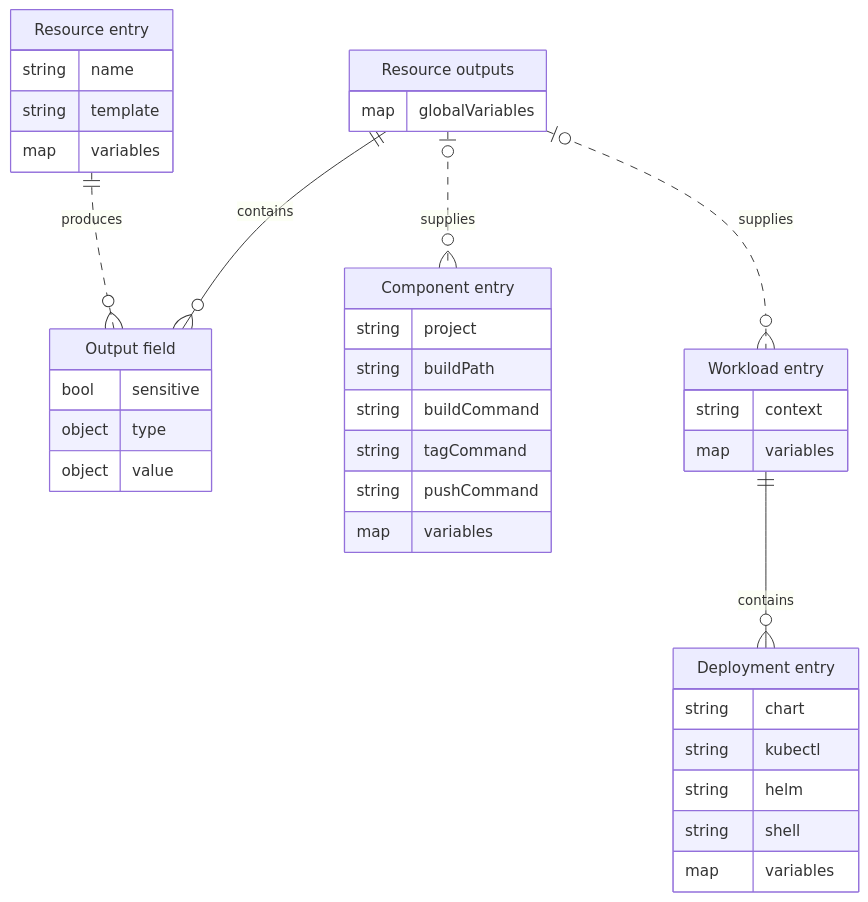
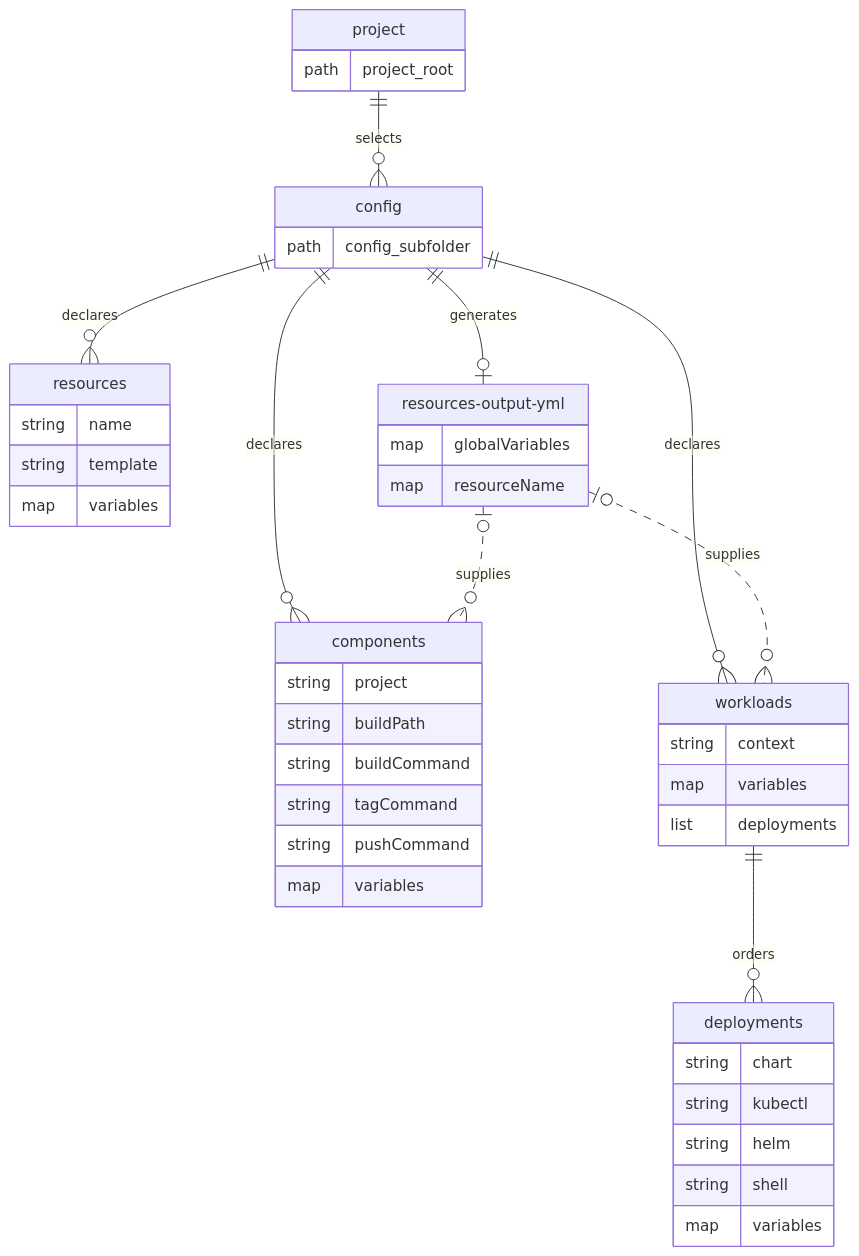
One commit to alissonsol/yuruna changed the first of 2 diagrams in docs/design/05-data-model.md. Above: the diagram before and after it, drawn with Mermaid. The commit also changed other lines of this file and 1383 other files, not shown here.

````diff
--- a/docs/design/05-data-model.md
+++ b/docs/design/05-data-model.md
@@ -65,40 +12,47 @@
 ```mermaid
 erDiagram
-    resources["Resource entry"] {
+    project ||--o{ config : selects
+    config ||--o{ resources : declares
+    config ||--o{ components : declares
+    config ||--o{ workloads : declares
+    config ||--o| resources-output-yml : generates
+    workloads ||--o{ deployments : orders
+    %% optional: later phases consume resource outputs when the file exists.
+    resources-output-yml |o..o{ components : supplies
+    resources-output-yml |o..o{ workloads : supplies
+    project {
+        path project_root
+    }
+    config {
+        path config_subfolder
+    }
+    resources {
         string name
         string template
         map variables
     }
-    resources-output-yml["Resource outputs"] {
-        map globalVariables
-    }
-    resource-output["Output field"] {
-        bool sensitive
-        object type
-        object value
-    }
-    components["Component entry"] {
+    components {
         string project
         string buildPath
         string buildCommand
         string tagCommand
         string pushCommand
         map variables
     }
-    workloads["Workload entry"] {
+    workloads {
         string context
         map variables
+        list deployments
     }
-    deployments["Deployment entry"] {
+    deployments {
         string chart
         string kubectl
         string helm
         string shell
         map variables
     }
-    resources ||..o{ resource-output : produces
-    resources-output-yml ||--o{ resource-output : contains
-    resources-output-yml |o..o{ components : supplies
-    resources-output-yml |o..o{ workloads : supplies
-    workloads ||--o{ deployments : contains
+    resources-output-yml {
+        map globalVariables
+        map resourceName
+    }
 ```
````
